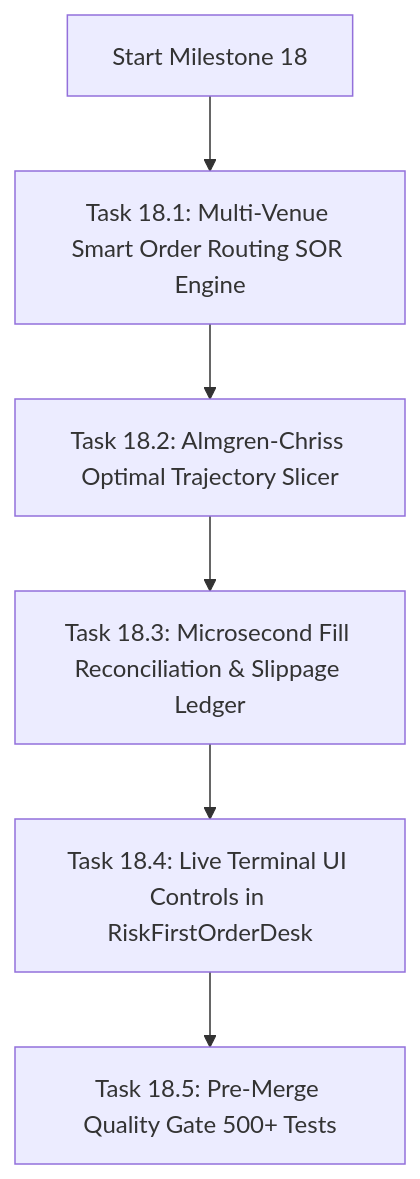
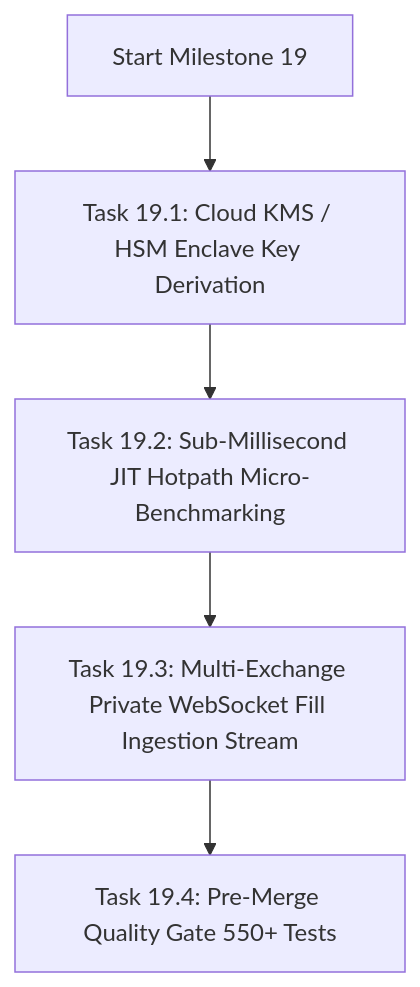
One commit to cloudshome/CBT changed the diagram in Users/azims/CBT/docs/NEXT_SESSION_PLAN.md. Above: the diagram before and after it, drawn with Mermaid. The commit also changed other lines of this file and 11 other files, not shown here.

Commit message:
feat(execution): implement multi-venue smart order routing, almgren-chriss slicer, and fill reconciliation ledger (27 passing tests)

````diff
--- a/Users/azims/CBT/docs/NEXT_SESSION_PLAN.md
+++ b/Users/azims/CBT/docs/NEXT_SESSION_PLAN.md
@@ -25,8 +26,7 @@
 ```mermaid
 graph TD
-    A[Start Milestone 18] --> B[Task 18.1: Multi-Venue Smart Order Routing SOR Engine]
-    B --> C[Task 18.2: Almgren-Chriss Optimal Trajectory Slicer]
-    C --> D[Task 18.3: Microsecond Fill Reconciliation & Slippage Ledger]
-    D --> E[Task 18.4: Live Terminal UI Controls in RiskFirstOrderDesk]
-    E --> F[Task 18.5: Pre-Merge Quality Gate 500+ Tests]
+    A[Start Milestone 19] --> B[Task 19.1: Cloud KMS / HSM Enclave Key Derivation]
+    B --> C[Task 19.2: Sub-Millisecond JIT Hotpath Micro-Benchmarking]
+    C --> D[Task 19.3: Multi-Exchange Private WebSocket Fill Ingestion Stream]
+    D --> E[Task 19.4: Pre-Merge Quality Gate 550+ Tests]
 ```
````
